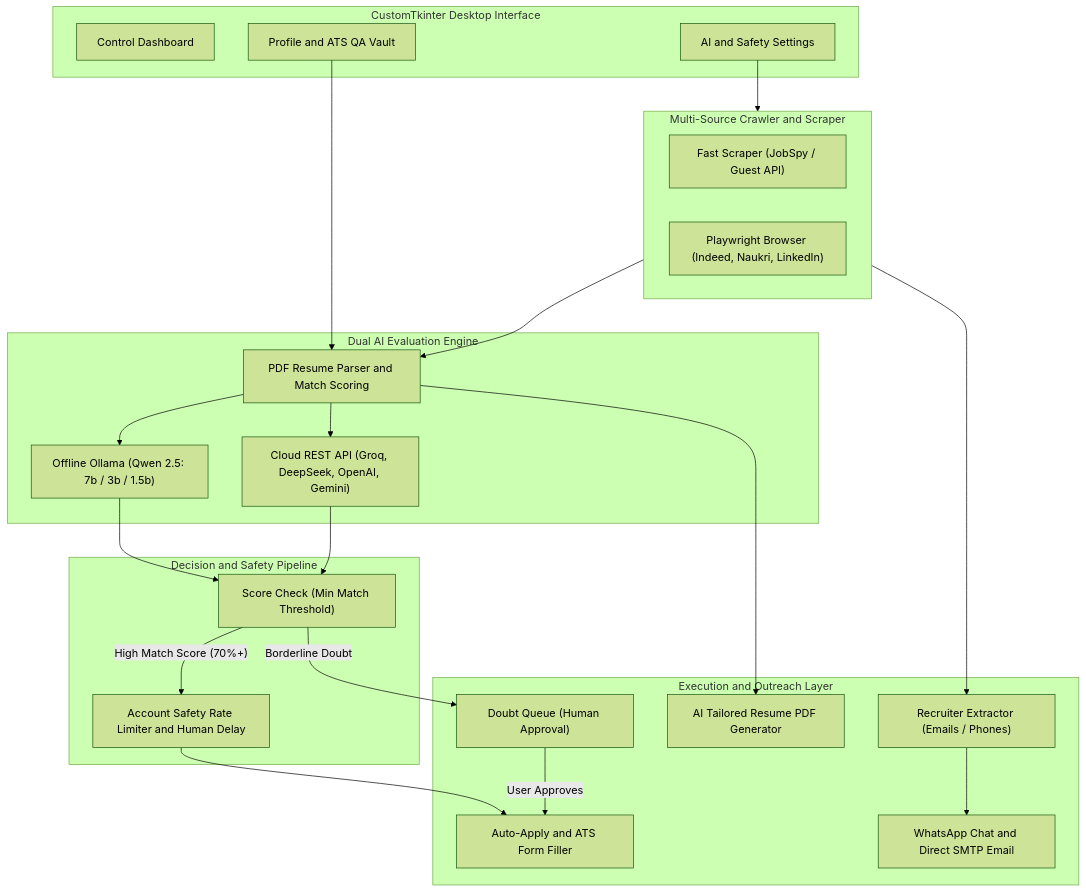
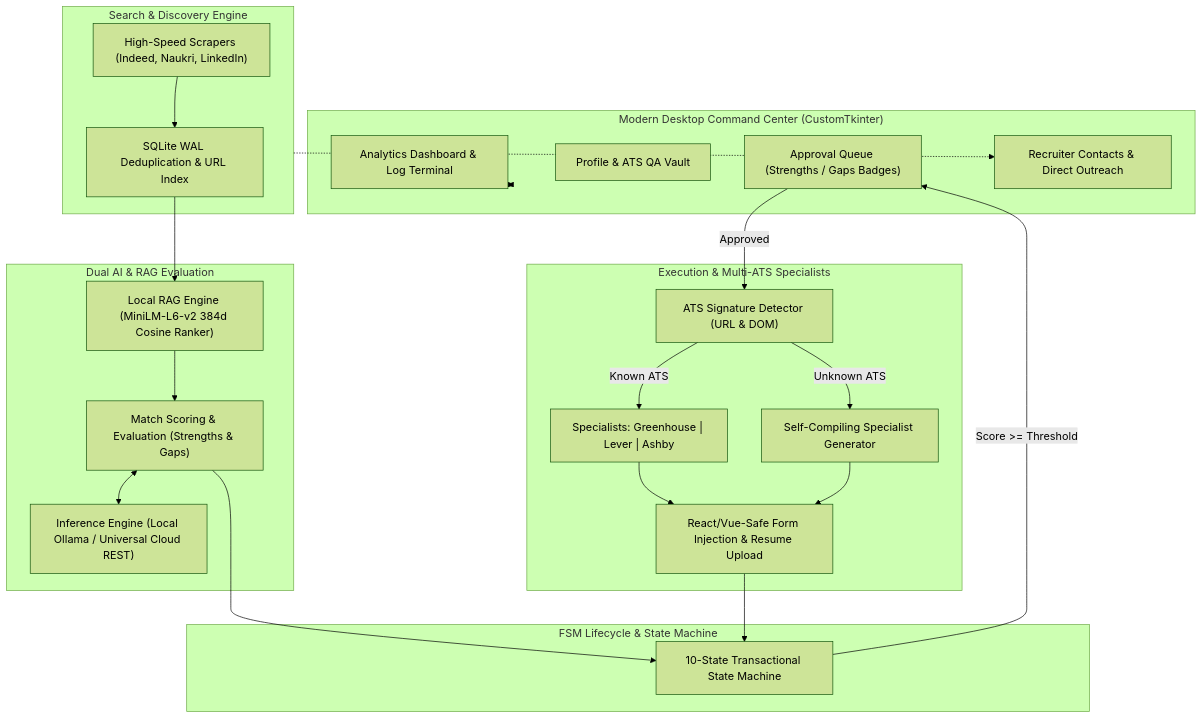
One commit to chittranshsharma/venture changed the diagram in README.md. Above: the diagram before and after it, drawn with Mermaid (forest theme). The commit also changed other lines of this file, not shown here.

Commit message:
docs: rewrite README with comprehensive platform architecture, multi-ATS, and RAG showcase

````diff
--- a/README.md
+++ b/README.md
@@ -29,50 +57,49 @@
 ```mermaid
-graph TD
-    subgraph Desktop_GUI ["CustomTkinter Desktop Interface"]
-        UI_Dash["Control Dashboard"]
-        UI_Profile["Profile and ATS QA Vault"]
-        UI_Settings["AI and Safety Settings"]
+flowchart TD
+    subgraph UI ["Modern Desktop Command Center (CustomTkinter)"]
+        DASH["Analytics Dashboard & Log Terminal"]
+        PROF["Profile & ATS QA Vault"]
+        APPR["Approval Queue (Strengths / Gaps Badges)"]
+        RECR["Recruiter Contacts & Direct Outreach"]
     end
 
-    subgraph Crawler_Engine ["Multi-Source Crawler and Scraper"]
-        JobSpy["Fast Scraper (JobSpy / Guest API)"]
-        Playwright["Playwright Browser (Indeed, Naukri, LinkedIn)"]
+    subgraph INGESTION ["Search & Discovery Engine"]
+        SCRAPE["High-Speed Scrapers (Indeed, Naukri, LinkedIn)"]
+        DEDUP["SQLite WAL Deduplication & URL Index"]
     end
 
-    subgraph AI_Engine ["Dual AI Evaluation Engine"]
-        LocalOllama["Offline Ollama (Qwen 2.5: 7b / 3b / 1.5b)"]
-        CloudAPI["Cloud REST API (Groq, DeepSeek, OpenAI, Gemini)"]
-        RAG["PDF Resume Parser and Match Scoring"]
+    subgraph INTELLIGENCE ["Dual AI & RAG Evaluation"]
+        RAG["Local RAG Engine (MiniLM-L6-v2 384d Cosine Ranker)"]
+        EVAL["Match Scoring & Evaluation (Strengths & Gaps)"]
+        LLM["Inference Engine (Local Ollama / Universal Cloud REST)"]
     end
 
-    subgraph Workflow_Decision ["Decision and Safety Pipeline"]
-        Filter["Score Check (Min Match Threshold)"]
-        Safety["Account Safety Rate Limiter and Human Delay"]
+    subgraph FSM ["FSM Lifecycle & State Machine"]
+        FSM_CTRL["10-State Transactional State Machine"]
     end
 
-    subgraph Execution_Layer ["Execution and Outreach Layer"]
-        AutoApply["Auto-Apply and ATS Form Filler"]
-        DoubtQueue["Doubt Queue (Human Approval)"]
-        Contacts["Recruiter Extractor (Emails / Phones)"]
-        Outreach["WhatsApp Chat and Direct SMTP Email"]
-        PDFGen["AI Tailored Resume PDF Generator"]
+    subgraph AUTOMATION ["Execution & Multi-ATS Specialists"]
+        DETECT["ATS Signature Detector (URL & DOM)"]
+        SPEC["Specialists: Greenhouse | Lever | Ashby"]
+        GEN["Self-Compiling Specialist Generator"]
+        FILL["React/Vue-Safe Form Injection & Resume Upload"]
     end
 
-    UI_Profile --> RAG
-    UI_Settings --> Crawler_Engine
-    Crawler_Engine --> RAG
-    RAG --> LocalOllama
-    RAG --> CloudAPI
-    LocalOllama --> Filter
-    CloudAPI --> Filter
+    SCRAPE --> DEDUP
+    DEDUP --> RAG
+    RAG --> EVAL
+    EVAL <--> LLM
+    EVAL --> FSM_CTRL
 
-    Filter -->|"High Match Score (70%+)"| Safety
-    Filter -->|"Borderline Doubt"| DoubtQueue
-    
-    Safety --> AutoApply
-    Crawler_Engine --> Contacts
-    Contacts --> Outreach
-    RAG --> PDFGen
+    FSM_CTRL -->|Score >= Threshold| APPR
+    APPR -->|Approved| DETECT
 
-    DoubtQueue -->|"User Approves"| AutoApply
+    DETECT -->|Known ATS| SPEC
+    DETECT -->|Unknown ATS| GEN
+    SPEC --> FILL
+    GEN --> FILL
+    FILL --> FSM_CTRL
+
+    INGESTION -.-> RECR
+    UI <--> DASH
 ```
````
